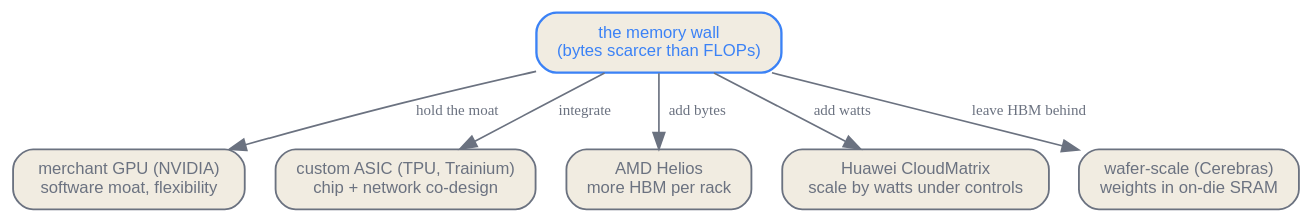
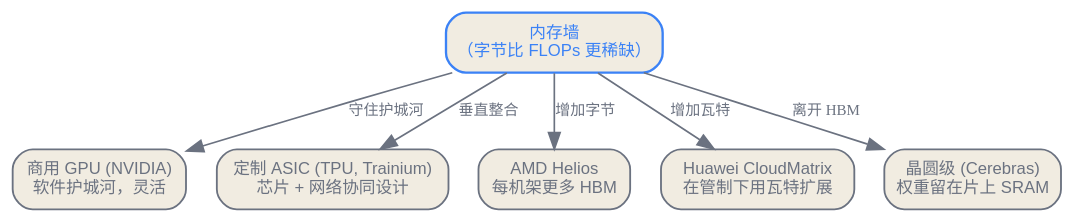
The third of 4 diagrams in zh/infrastructure/03-the-compute-frontier.qmd (latere-ai/ai-as-an-infrastructure), drawn with Graphviz before and after one commit. The commit also changed other lines of this file and 273 other files, not shown here.

Commit message:
docs: localize Chinese diagrams

````diff
--- a/zh/infrastructure/03-the-compute-frontier.qmd
+++ b/zh/infrastructure/03-the-compute-frontier.qmd
@@ -78,23 +78,23 @@
 ```{dot}
 //| label: fig-compute-frontier-menagerie
 //| fig-cap: "按各家针对带宽墙在优化什么、而非按峰值 FLOPs 来读这群硅。商用 GPU 与定制 ASIC 从相反的整合策略争夺同一负载；AMD 与 Huawei 用字节和瓦特回应墙；晶圆级则靠从不离开裸片来回应。"
 digraph menagerie {
   rankdir=TB;
   bgcolor="transparent";
   node [shape=box, style="rounded,filled", fontname="Helvetica", fontsize=10, color="#6b7280", fontcolor="#6b7280", fillcolor="#f1ece1", penwidth=1.1];
   edge [color="#6b7280", fontcolor="#6b7280", fontsize=9];
 
-  wall [label="the memory wall\n(bytes scarcer than FLOPs)", color="#3b82f6", fontcolor="#3b82f6", penwidth=1.4];
-  gpu  [label="merchant GPU (NVIDIA)\nsoftware moat, flexibility"];
-  asic [label="custom ASIC (TPU, Trainium)\nchip + network co-design"];
-  mem  [label="AMD Helios\nmore HBM per rack"];
-  hw   [label="Huawei CloudMatrix\nscale by watts under controls"];
-  saf  [label="wafer-scale (Cerebras)\nweights in on-die SRAM"];
+  wall [label="内存墙\n（字节比 FLOPs 更稀缺）", color="#3b82f6", fontcolor="#3b82f6", penwidth=1.4];
+  gpu  [label="商用 GPU (NVIDIA)\n软件护城河，灵活"];
+  asic [label="定制 ASIC (TPU, Trainium)\n芯片 + 网络协同设计"];
+  mem  [label="AMD Helios\n每机架更多 HBM"];
+  hw   [label="Huawei CloudMatrix\n在管制下用瓦特扩展"];
+  saf  [label="晶圆级 (Cerebras)\n权重留在片上 SRAM"];
 
-  wall -> gpu [label="hold the moat"];
-  wall -> asic [label="integrate"];
-  wall -> mem [label="add bytes"];
-  wall -> hw [label="add watts"];
-  wall -> saf [label="leave HBM behind"];
+  wall -> gpu [label="守住护城河"];
+  wall -> asic [label="垂直整合"];
+  wall -> mem [label="增加字节"];
+  wall -> hw [label="增加瓦特"];
+  wall -> saf [label="离开 HBM"];
 }
 ```
````
